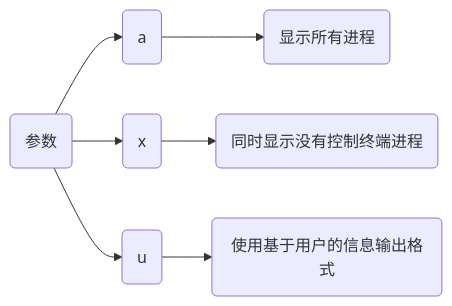
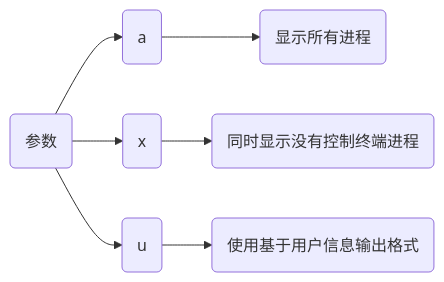
The second of 3 diagrams in _posts/OS/Linux/指令/2021-03-09-系统指令.md (dmjcb/dmjcb.github.io), drawn with Mermaid before and after one commit. The commit also changed other lines of this file and 74 other files, not shown here.

````diff
--- a/_posts/OS/Linux/指令/2021-03-09-系统指令.md
+++ b/_posts/OS/Linux/指令/2021-03-09-系统指令.md
@@ -85,7 +85,7 @@
 ```mermaid
 graph LR;
     X(参数)
     X-->A(a)-->A1(显示所有进程)
     X-->B(x)-->B1(同时显示没有控制终端进程)
-    X-->C(u)-->C1(使用基于用户的信息输出格式)
+    X-->C(u)-->C1(使用基于用户信息输出格式)
 ```
````
